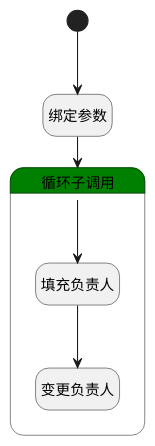
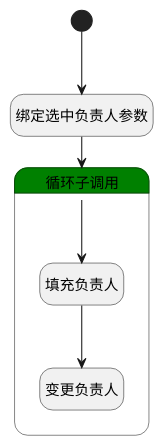
One commit to iBizLab/plm changed the diagram in doc/docsify/module/ProdMgmt/ticket/logic/allocate_person.md. Above: the diagram before and after it, drawn with PlantUML. The commit also changed other lines of this file and 1778 other files, not shown here.

````diff
--- a/doc/docsify/module/ProdMgmt/ticket/logic/allocate_person.md
+++ b/doc/docsify/module/ProdMgmt/ticket/logic/allocate_person.md
@@ -7,26 +7,26 @@
 ```plantuml
 @startuml
 hide empty description
 <style>
 root {
   HyperlinkColor #42b983
 }
 </style>
 
 hide empty description
 state "开始" as Begin <<start>> [[$./allocate_person#begin {"开始"}]]
-state "绑定参数" as BINDPARAM1  [[$./allocate_person#bindparam1 {"绑定参数"}]]
+state "绑定选中负责人参数" as BINDPARAM1  [[$./allocate_person#bindparam1 {"绑定选中负责人参数"}]]
 state "循环子调用" as LOOPSUBCALL1  [[$./allocate_person#loopsubcall1 {"循环子调用"}]] #green {
 state "填充负责人" as PREPAREPARAM2  [[$./allocate_person#prepareparam2 {"填充负责人"}]]
 state "变更负责人" as DEACTION1  [[$./allocate_person#deaction1 {"变更负责人"}]]
 }
 
 
 Begin --> BINDPARAM1
 BINDPARAM1 --> LOOPSUBCALL1
 LOOPSUBCALL1 --> PREPAREPARAM2
 PREPAREPARAM2 --> DEACTION1
 
 
 @enduml
 ```
````
